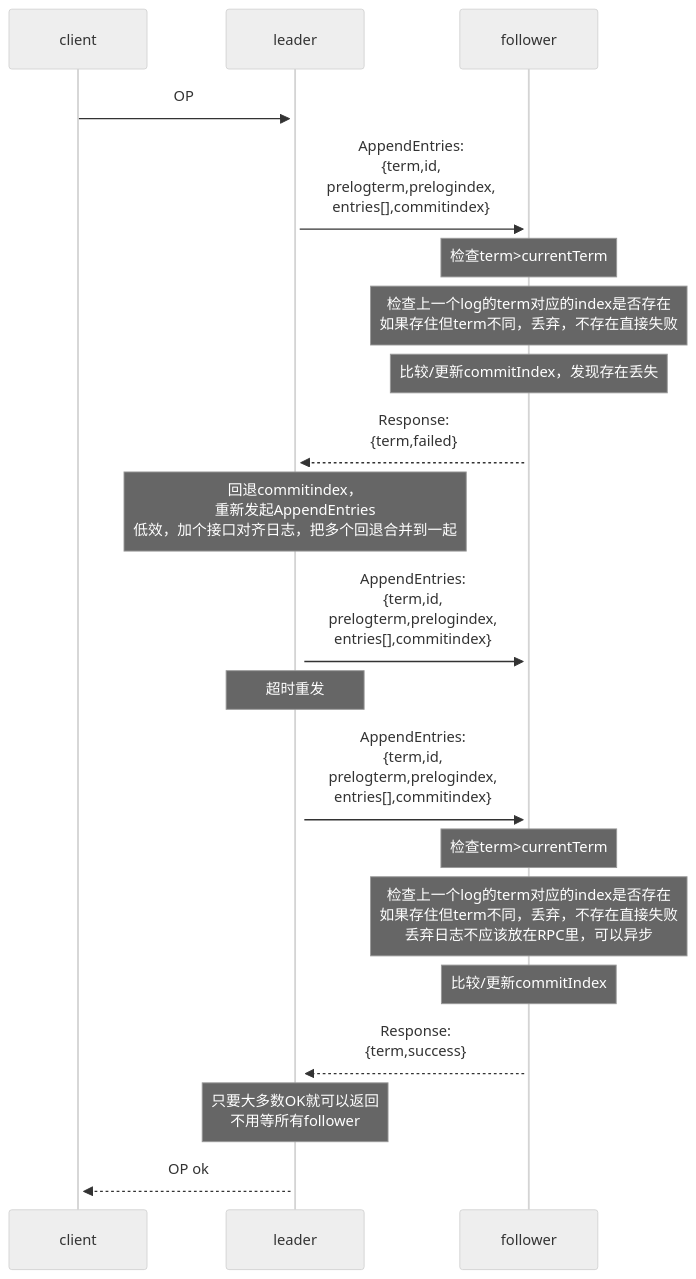
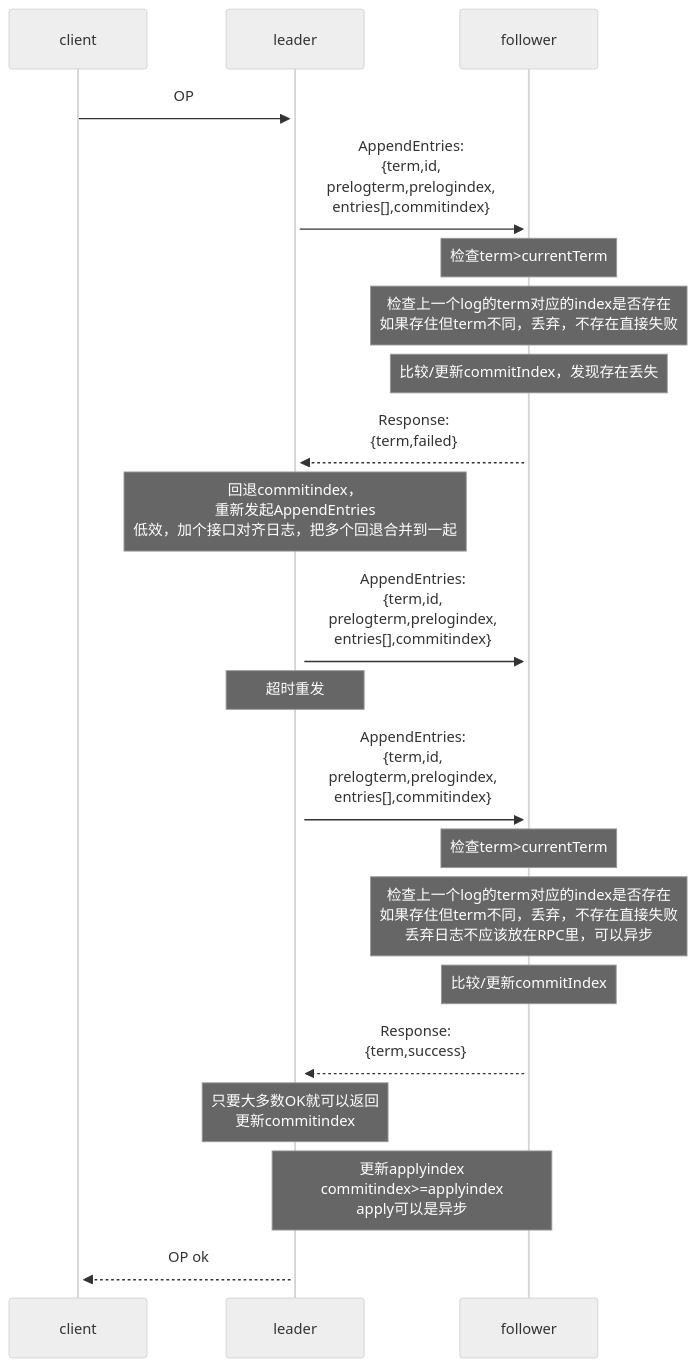
Before and after one commit to wanghenshui/wanghenshui.github.io: the diagram in _posts/mmd/raft-AppendEntries.mmd, drawn with Mermaid (neutral theme). The commit also changed 2 other files, not shown here.

```diff
--- a/_posts/mmd/raft-AppendEntries.mmd
+++ b/_posts/mmd/raft-AppendEntries.mmd
@@ -1,17 +1,18 @@
 sequenceDiagram
     client->>+leader: OP
     leader->>+follower: AppendEntries:<br>{term,id,<br>prelogterm,prelogindex,<br>entries[],commitindex}
     Note over follower: 检查term>currentTerm
     Note over follower: 检查上一个log的term对应的index是否存在<br>如果存住但term不同，丢弃，不存在直接失败
     Note over follower: 比较/更新commitIndex，发现存在丢失
     follower-->>+leader: Response:<br>{term,failed}
     Note over leader: 回退commitindex，<br>重新发起AppendEntries<br>低效，加个接口对齐日志，把多个回退合并到一起
     leader->>+follower: AppendEntries:<br>{term,id,<br>prelogterm,prelogindex,<br>entries[],commitindex}
     Note over leader: 超时重发
     leader->>+follower: AppendEntries:<br>{term,id,<br>prelogterm,prelogindex,<br>entries[],commitindex}
     Note over follower: 检查term>currentTerm
     Note over follower: 检查上一个log的term对应的index是否存在<br>如果存住但term不同，丢弃，不存在直接失败<br> 丢弃日志不应该放在RPC里，可以异步
     Note over follower: 比较/更新commitIndex
     follower-->>+leader: Response:<br>{term,success}
-    Note over leader: 只要大多数OK就可以返回<br>不用等所有follower
+    Note over leader: 只要大多数OK就可以返回<br>更新commitindex
+    Note over leader,follower: 更新applyindex<br>commitindex>=applyindex<br>apply可以是异步
     leader-->>+client: OP ok
```
